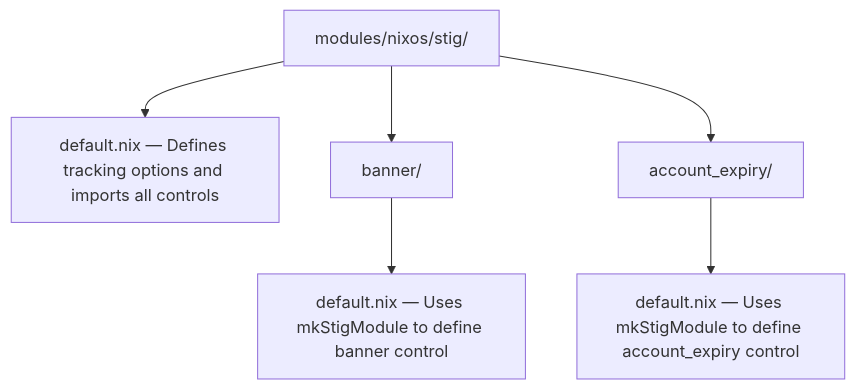
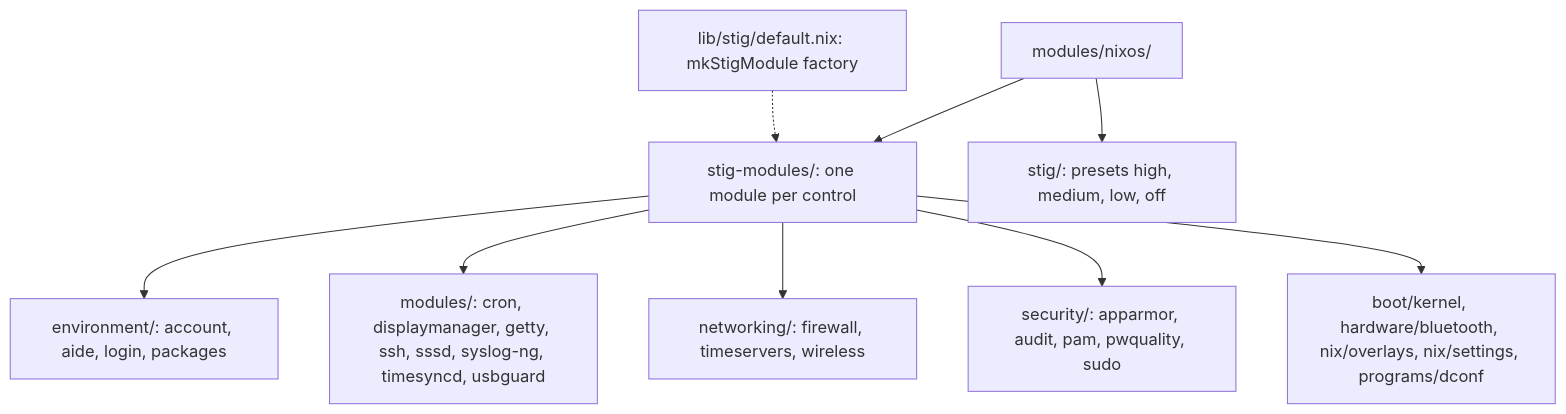
Before and after one commit to usmcamp0811/crystal-forge: the diagram in docs/knowledge/compliance/stig-modules.md, drawn with Mermaid. The commit also changed other lines of this file and 39 other files, not shown here.

````diff
--- a/docs/knowledge/compliance/stig-modules.md
+++ b/docs/knowledge/compliance/stig-modules.md
@@ -36,10 +44,14 @@
 ```mermaid
 %% diagram-id: core-stig-modules-tree
 flowchart TD
-    root["modules/nixos/stig/"]
-    root --> default["default.nix — Defines tracking options and imports all controls"]
-    root --> banner["banner/"]
-    banner --> banner_default["default.nix — Uses mkStigModule to define banner control"]
-    root --> expiry["account_expiry/"]
-    expiry --> expiry_default["default.nix — Uses mkStigModule to define account_expiry control"]
+    lib["lib/stig/default.nix: mkStigModule factory"]
+    root["modules/nixos/"]
+    root --> controls["stig-modules/: one module per control"]
+    controls --> env["environment/: account, aide, login, packages"]
+    controls --> mods["modules/: cron, displaymanager, getty, ssh, sssd, syslog-ng, timesyncd, usbguard"]
+    controls --> net["networking/: firewall, timeservers, wireless"]
+    controls --> sec["security/: apparmor, audit, pam, pwquality, sudo"]
+    controls --> other["boot/kernel, hardware/bluetooth, nix/overlays, nix/settings, programs/dconf"]
+    root --> presets["stig/: presets high, medium, low, off"]
+    lib -.-> controls
 ```
````
